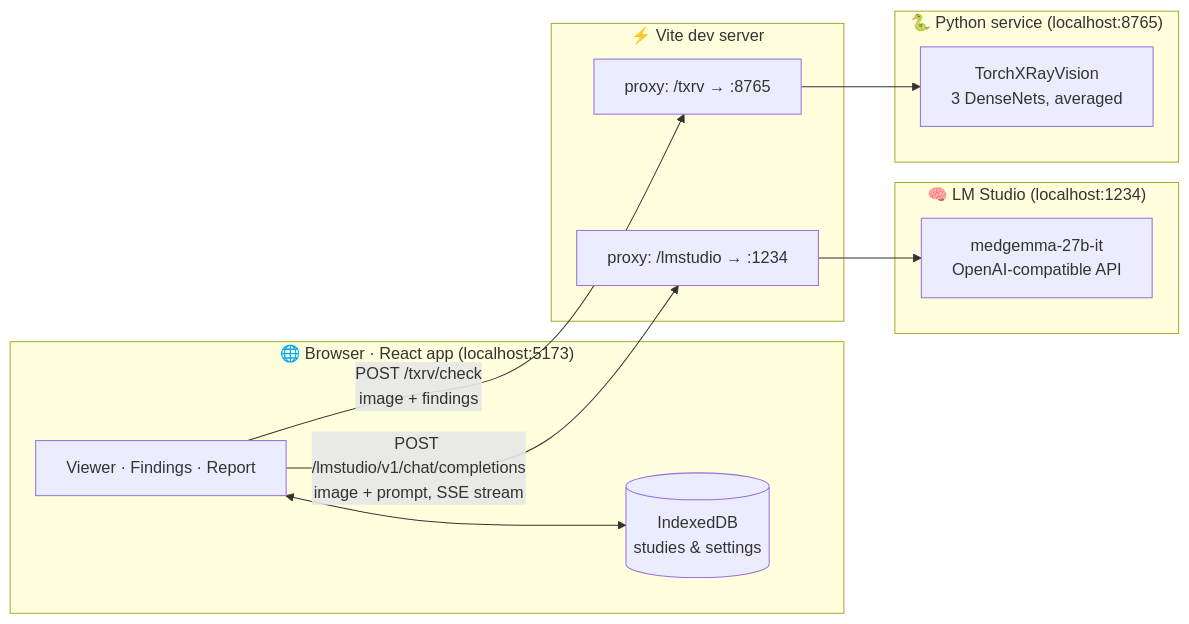
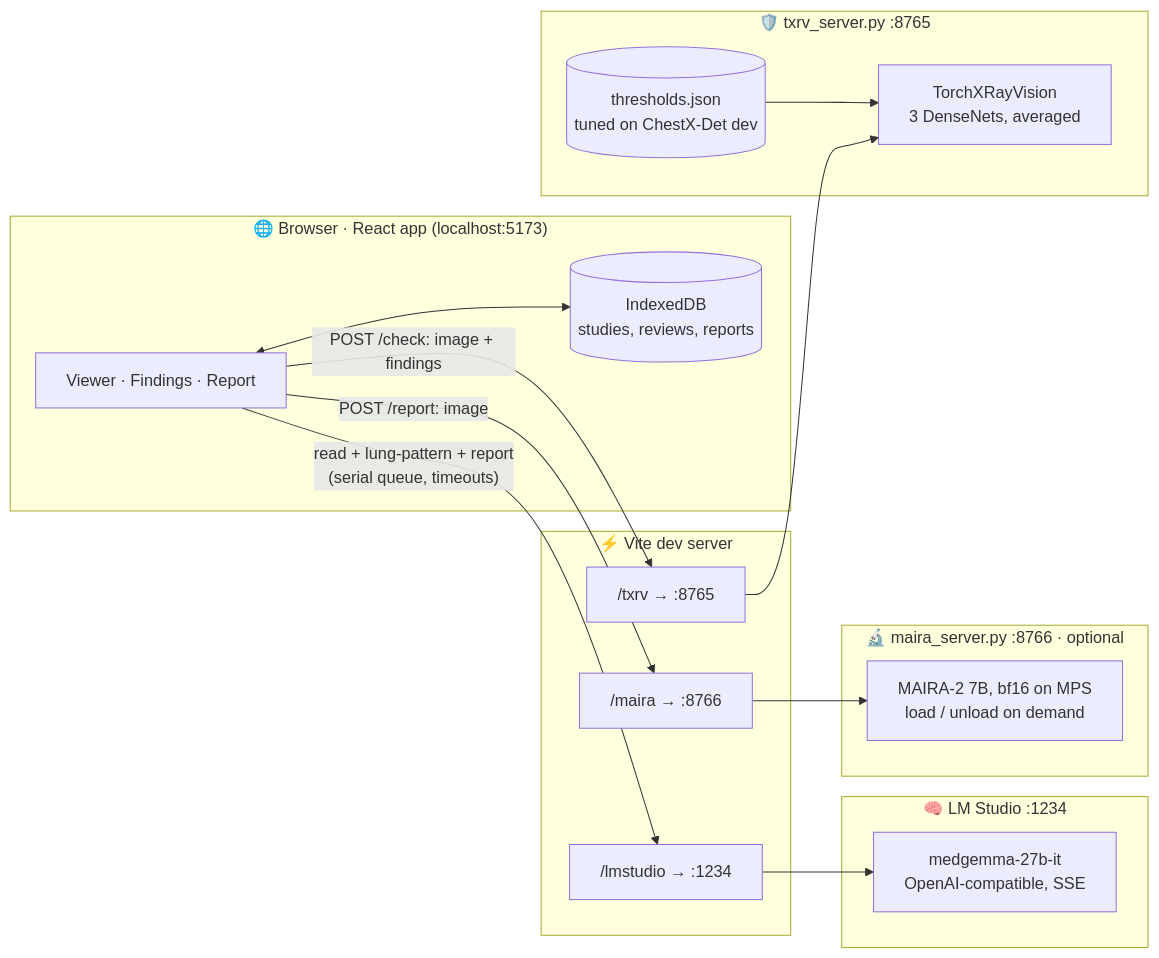
One commit to Hitheshkaranth/VoxelRadAI_Terminal changed the first of 2 diagrams in README.md. Above: the diagram before and after it, drawn with Mermaid. The commit also changed other lines of this file and 12 other files, not shown here.

First line of the commit message:
README: live screenshots, sample report, current architecture

````diff
--- a/README.md
+++ b/README.md
@@ -77,24 +102,32 @@
 ```mermaid
 flowchart LR
     subgraph Browser["🌐 Browser · React app (localhost:5173)"]
         UI["Viewer · Findings · Report"]
-        Store[("IndexedDB<br/>studies & settings")]
+        Store[("IndexedDB<br/>studies, reviews, reports")]
         UI <--> Store
     end
 
     subgraph Vite["⚡ Vite dev server"]
-        P1["proxy: /lmstudio → :1234"]
-        P2["proxy: /txrv → :8765"]
+        P1["/lmstudio → :1234"]
+        P2["/txrv → :8765"]
+        P3["/maira → :8766"]
     end
 
-    subgraph LMS["🧠 LM Studio (localhost:1234)"]
-        MG["medgemma-27b-it<br/>OpenAI-compatible API"]
+    subgraph LMS["🧠 LM Studio :1234"]
+        MG["medgemma-27b-it<br/>OpenAI-compatible, SSE"]
     end
 
-    subgraph PY["🐍 Python service (localhost:8765)"]
+    subgraph TXS["🛡️ txrv_server.py :8765"]
         TX["TorchXRayVision<br/>3 DenseNets, averaged"]
+        TH[("thresholds.json<br/>tuned on ChestX-Det dev")]
+        TH --> TX
     end
 
-    UI -- "POST /lmstudio/v1/chat/completions<br/>image + prompt, SSE stream" --> P1 --> MG
-    UI -- "POST /txrv/check<br/>image + findings" --> P2 --> TX
+    subgraph MAS["🔬 maira_server.py :8766 · optional"]
+        MA["MAIRA-2 7B, bf16 on MPS<br/>load / unload on demand"]
+    end
+
+    UI -- "read + lung-pattern + report<br/>(serial queue, timeouts)" --> P1 --> MG
+    UI -- "POST /check: image + findings" --> P2 --> TX
+    UI -- "POST /report: image" --> P3 --> MA
 ```
````
